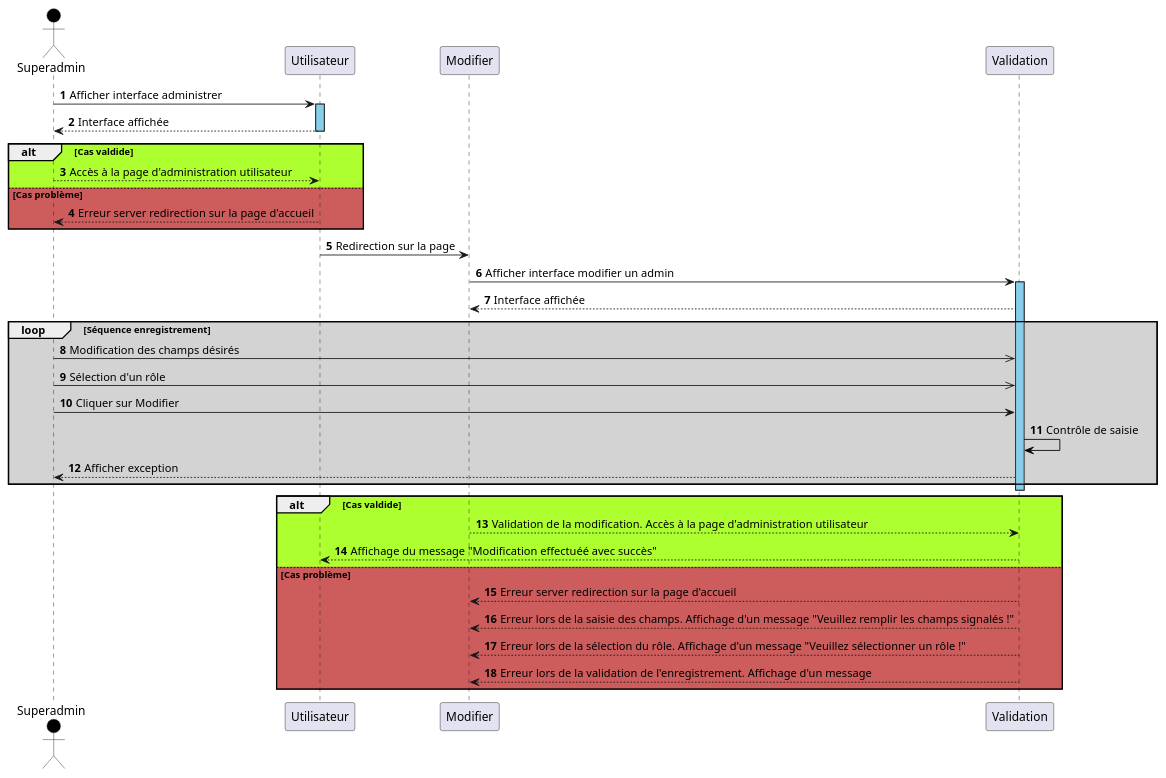
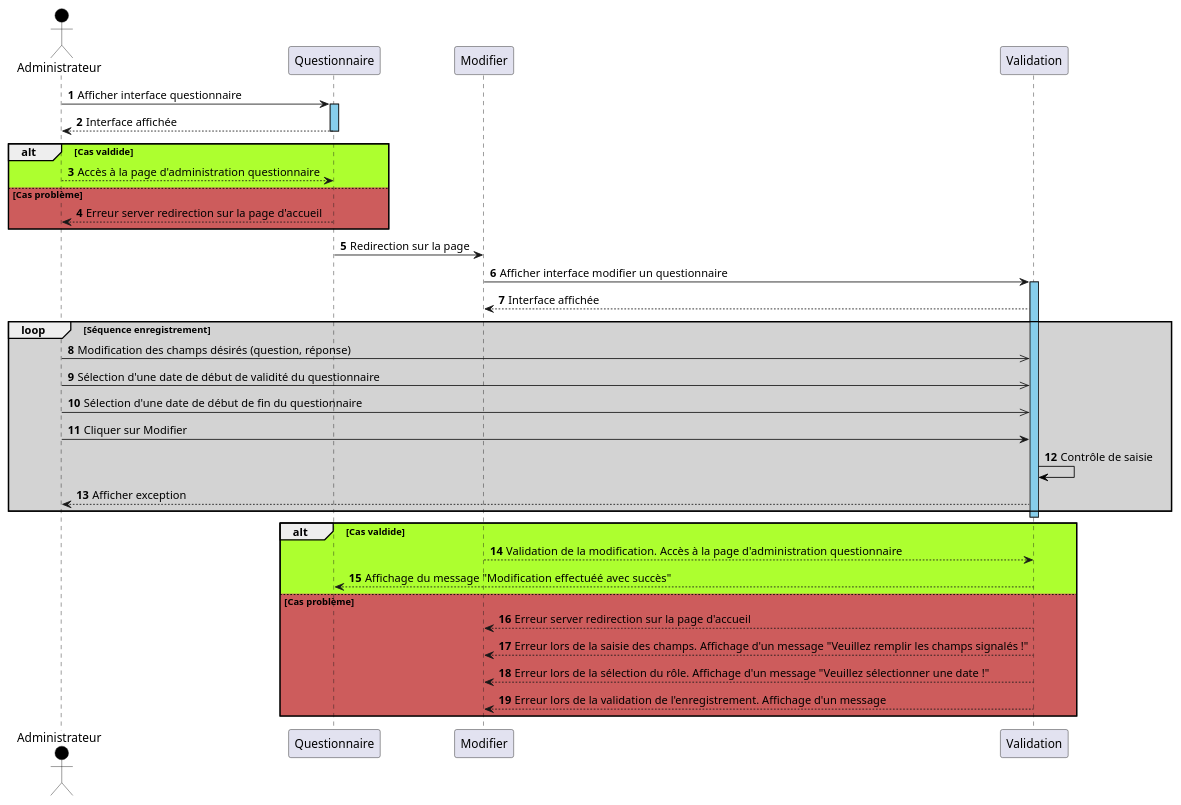
The diagram in documents/analyse_uml/diagramme_de_sequence/diagramme_sequence_questionner/diagramme_sequence_modifierquestionnaire.wsd (nwehla/QuidideanceTest), drawn with PlantUML before and after one commit.

Commit message:
Use case sequentiel modifierquestionnaire fait

```diff
--- a/documents/analyse_uml/diagramme_de_sequence/diagramme_sequence_questionner/diagramme_sequence_modifierquestionnaire.wsd
+++ b/documents/analyse_uml/diagramme_de_sequence/diagramme_sequence_questionner/diagramme_sequence_modifierquestionnaire.wsd
@@ -1,34 +1,35 @@
 @startuml modifieradmin
 autonumber 
-actor Superadmin #Black
-Superadmin -> Utilisateur : Afficher interface administrer
-activate Utilisateur #SkyBlue
-Utilisateur --> Superadmin : Interface affichée
-deactivate Utilisateur
+actor Administrateur #Black
+Administrateur -> Questionnaire : Afficher interface questionnaire
+activate Questionnaire #SkyBlue
+Questionnaire --> Administrateur : Interface affichée
+deactivate Questionnaire
 alt #GreenYellow Cas valdide 
-Utilisateur <-- Superadmin : Accès à la page d'administration utilisateur
+Questionnaire <-- Administrateur : Accès à la page d'administration questionnaire
 else #IndianRed Cas problème
-Utilisateur --> Superadmin : Erreur server redirection sur la page d'accueil
+Questionnaire --> Administrateur : Erreur server redirection sur la page d'accueil
 end
-Utilisateur -> Modifier : Redirection sur la page
-Modifier -> Validation : Afficher interface modifier un admin
+Questionnaire -> Modifier : Redirection sur la page
+Modifier -> Validation : Afficher interface modifier un questionnaire
 activate Validation #SkyBlue
 Validation --> Modifier : Interface affichée
 loop #LightGrey Séquence enregistrement
-Superadmin ->> Validation : Modification des champs désirés
-Superadmin ->> Validation : Sélection d'un rôle
-Superadmin -> Validation : Cliquer sur Modifier
+Administrateur ->> Validation : Modification des champs désirés (question, réponse)
+Administrateur ->> Validation : Sélection d'une date de début de validité du questionnaire
+Administrateur ->> Validation : Sélection d'une date de début de fin du questionnaire
+Administrateur -> Validation : Cliquer sur Modifier
 Validation -[#Black]> Validation : Contrôle de saisie
-Validation --> Superadmin : Afficher exception
+Validation --> Administrateur : Afficher exception
 end
 deactivate Validation
 alt #GreenYellow Cas valdide 
-Modifier --> Validation : Validation de la modification. Accès à la page d'administration utilisateur
-Validation --> Utilisateur : Affichage du message "Modification effectuéé avec succès"
+Modifier --> Validation : Validation de la modification. Accès à la page d'administration questionnaire
+Validation --> Questionnaire : Affichage du message "Modification effectuéé avec succès"
 else #IndianRed Cas problème
 Modifier <-- Validation : Erreur server redirection sur la page d'accueil
 Modifier <-- Validation : Erreur lors de la saisie des champs. Affichage d'un message "Veuillez remplir les champs signalés !"
-Modifier <-- Validation : Erreur lors de la sélection du rôle. Affichage d'un message "Veuillez sélectionner un rôle !" 
+Modifier <-- Validation : Erreur lors de la sélection du rôle. Affichage d'un message "Veuillez sélectionner une date !" 
 Modifier <-- Validation : Erreur lors de la validation de l'enregistrement. Affichage d'un message 
 end
 @enduml
```
